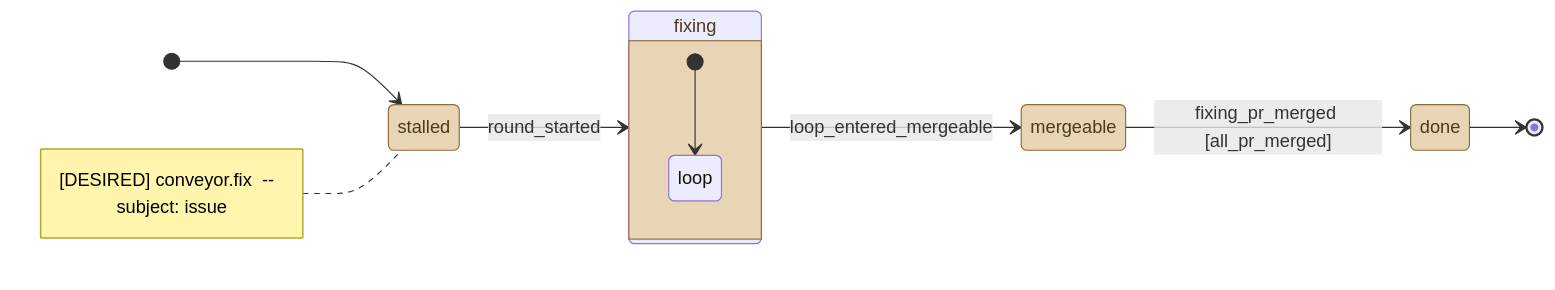
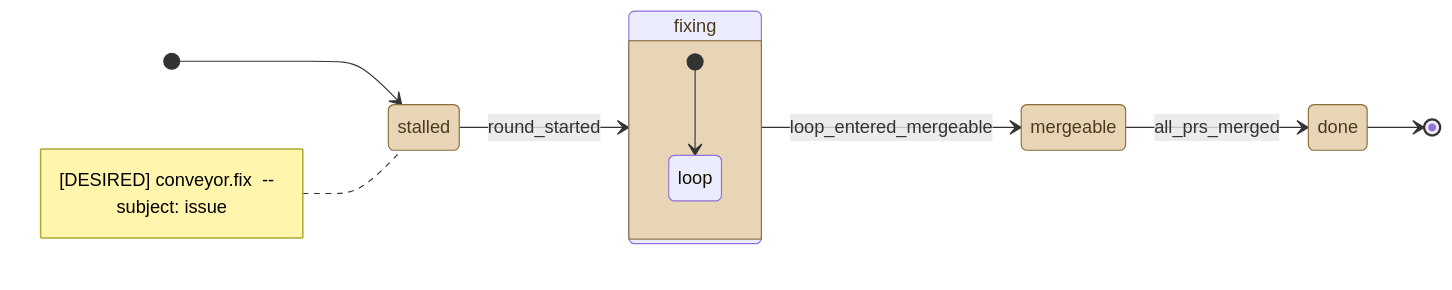
Before and after one commit to kostiantyn-matsebora/agent-ops-operator: the diagram in .github/conveyor-model/mermaid/desired/conveyor_fix.mmd, drawn with Mermaid. The commit also changed 3 other files, not shown here.

First line of the commit message:
fix(conveyor): all_prs_merged is the trigger everywhere, not a guard

```diff
--- a/.github/conveyor-model/mermaid/desired/conveyor_fix.mmd
+++ b/.github/conveyor-model/mermaid/desired/conveyor_fix.mmd
@@ -1,21 +1,21 @@
 stateDiagram-v2
     direction LR
     [*] --> stalled
     note left of stalled
         [DESIRED] conveyor.fix  --  subject: issue
     end note
     classDef stationState fill:#e8d5b5,stroke:#8a6d3b,color:#4a3b1f
     classDef loopState fill:#c9e4de,stroke:#2f6b5e,color:#1a3b33
     state stalled
     state fixing
     state mergeable
     state done
     stalled --> fixing : round_started
     fixing --> mergeable : loop_entered_mergeable
-    mergeable --> done : fixing_pr_merged [all_pr_merged]
+    mergeable --> done : all_prs_merged
     done --> [*]
     class stalled, fixing, mergeable, done stationState
     state fixing {
         [*] --> loop
         state "loop" as loop
     }
```
